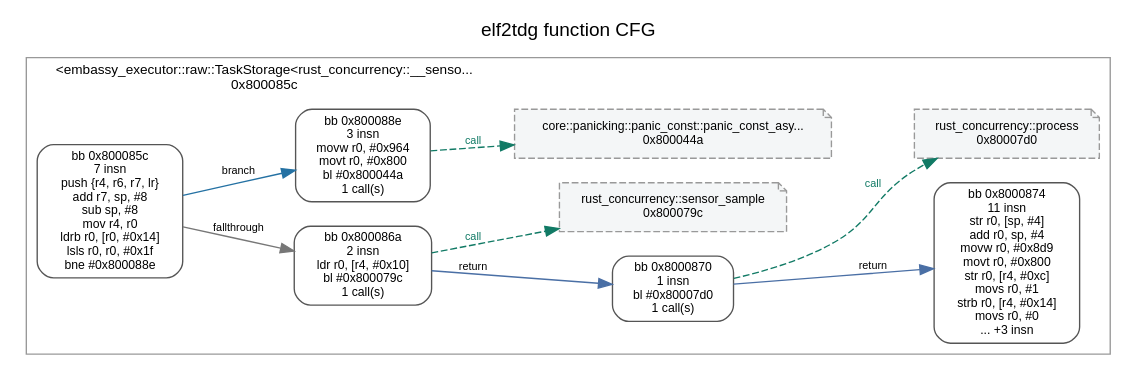
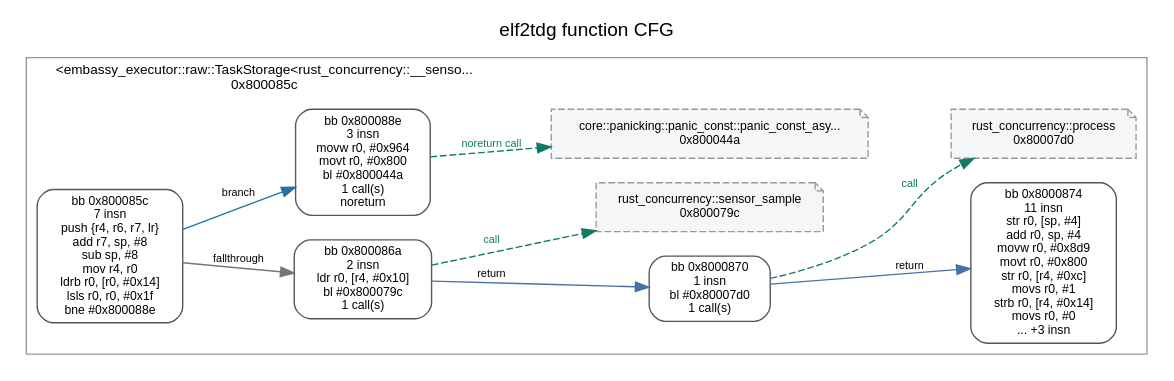
One commit to kevindadi/elf2tdg changed the diagram in examples/rust-concurrency/artifacts/cfg-analysis-sensor.dot. Above: the diagram before and after it, drawn with Graphviz. The commit also changed 22 other files, not shown here.

```diff
--- a/examples/rust-concurrency/artifacts/cfg-analysis-sensor.dot
+++ b/examples/rust-concurrency/artifacts/cfg-analysis-sensor.dot
@@ -1,24 +1,24 @@
 digraph cfg {
   rankdir=LR;
   graph [fontname="Helvetica", label="elf2tdg function CFG", labelloc=t];
   node [fontname="Helvetica", fontsize=9, shape=box, style="rounded,filled", fillcolor="#ffffff", color="#555555"];
   edge [fontname="Helvetica", fontsize=8];
   subgraph cluster_cfg_0 {
     label="<embassy_executor::raw::TaskStorage<rust_concurrency::__senso...\n0x800085c"; labeljust=l; fontsize=10; color="#999999";
     "bb:0x800085c" [label="bb 0x800085c\n7 insn\npush {r4, r6, r7, lr}\nadd r7, sp, #8\nsub sp, #8\nmov r4, r0\nldrb r0, [r0, #0x14]\nlsls r0, r0, #0x1f\nbne #0x800088e"];
     "bb:0x800086a" [label="bb 0x800086a\n2 insn\nldr r0, [r4, #0x10]\nbl #0x800079c\n1 call(s)"];
     "bb:0x8000870" [label="bb 0x8000870\n1 insn\nbl #0x80007d0\n1 call(s)"];
     "bb:0x8000874" [label="bb 0x8000874\n11 insn\nstr r0, [sp, #4]\nadd r0, sp, #4\nmovw r0, #0x8d9\nmovt r0, #0x800\nstr r0, [r4, #0xc]\nmovs r0, #1\nstrb r0, [r4, #0x14]\nmovs r0, #0\n... +3 insn"];
-    "bb:0x800088e" [label="bb 0x800088e\n3 insn\nmovw r0, #0x964\nmovt r0, #0x800\nbl #0x800044a\n1 call(s)"];
+    "bb:0x800088e" [label="bb 0x800088e\n3 insn\nmovw r0, #0x964\nmovt r0, #0x800\nbl #0x800044a\n1 call(s)\nnoreturn"];
     "bb:0x800085c" -> "bb:0x800086a" [label="fallthrough", color="#777777", style="solid"];
     "bb:0x800085c" -> "bb:0x800088e" [label="branch", color="#2471a3", style="solid"];
     "bb:0x800086a" -> "bb:0x8000870" [label="return", color="#4a6fa5", style="solid"];
     "bb:0x8000870" -> "bb:0x8000874" [label="return", color="#4a6fa5", style="solid"];
     "bb:0x800086a" -> "call:fn:0x800079c" [label="call", color="#117a65", fontcolor="#117a65", style=dashed];
     "bb:0x8000870" -> "call:fn:0x80007d0" [label="call", color="#117a65", fontcolor="#117a65", style=dashed];
-    "bb:0x800088e" -> "call:fn:0x800044a" [label="call", color="#117a65", fontcolor="#117a65", style=dashed];
+    "bb:0x800088e" -> "call:fn:0x800044a" [label="noreturn call", color="#117a65", fontcolor="#117a65", style=dashed];
   }
   "call:fn:0x800044a" [label="core::panicking::panic_const::panic_const_asy...\n0x800044a", shape=note, style="dashed,filled", fillcolor="#f4f6f7", color="#999999"];
   "call:fn:0x800079c" [label="rust_concurrency::sensor_sample\n0x800079c", shape=note, style="dashed,filled", fillcolor="#f4f6f7", color="#999999"];
   "call:fn:0x80007d0" [label="rust_concurrency::process\n0x80007d0", shape=note, style="dashed,filled", fillcolor="#f4f6f7", color="#999999"];
 }
```
